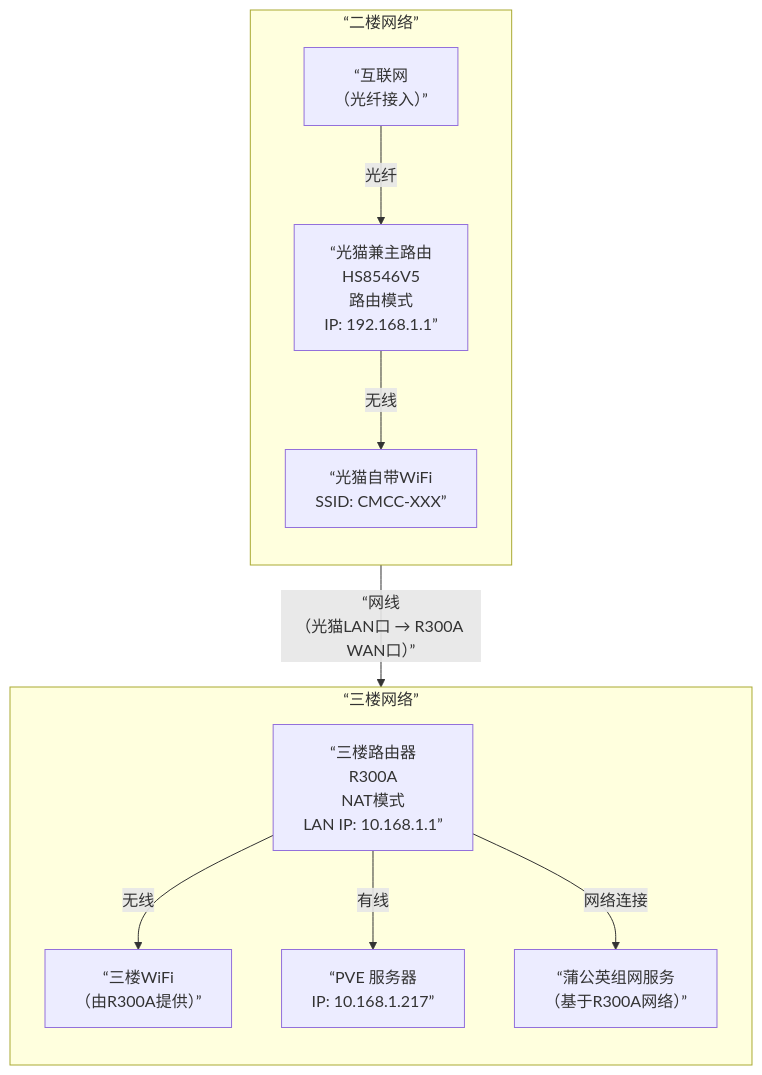
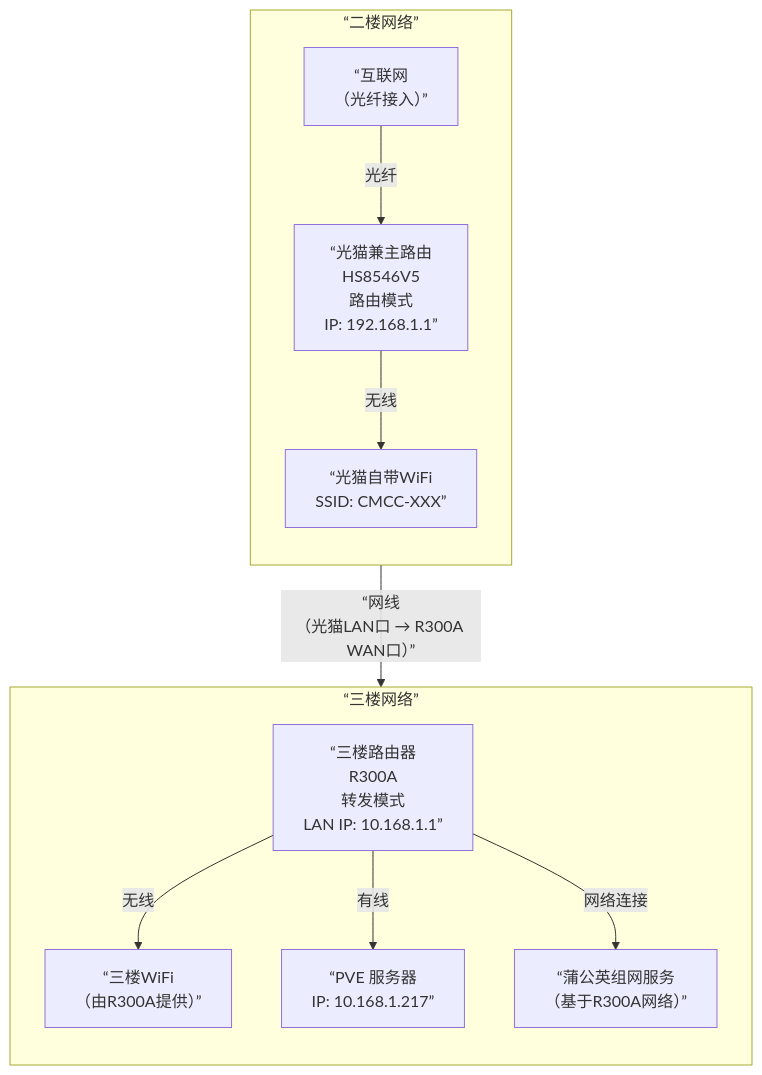
Before and after one commit to ALRCMt/personal-web: the first of 2 diagrams in index.md, drawn with Mermaid. The commit also changed other lines of this file, not shown here.

````diff
--- a/index.md
+++ b/index.md
@@ -75,27 +75,27 @@
 ```mermaid
 flowchart TD
     subgraph A [“二楼网络”]
         direction TB
         A1[“互联网</br>（光纤接入）”]
         A2[“光猫兼主路由</br>HS8546V5</br>路由模式</br>IP: 192.168.1.1”]
         A3[“光猫自带WiFi</br>SSID: CMCC-XXX”]
         
         A1 -- 光纤 --> A2
         A2 -- 无线 --> A3
     end
 
     subgraph B [“三楼网络”]
         direction TB
-        B1[“三楼路由器</br>R300A</br>NAT模式</br>LAN IP: 10.168.1.1”]
+        B1[“三楼路由器</br>R300A</br>转发模式</br>LAN IP: 10.168.1.1”]
         B2[“三楼WiFi</br>（由R300A提供）”]
         B3[“PVE 服务器</br>IP: 10.168.1.217”]
         B4[“蒲公英组网服务</br>（基于R300A网络）”]
         
         B1 -- 无线 --> B2
         B1 -- 有线 --> B3
         B1 -- 网络连接 --> B4
     end
 
     A2 -- “网线</br>（光猫LAN口 → R300A WAN口）” --> B1
 
 ```
````
